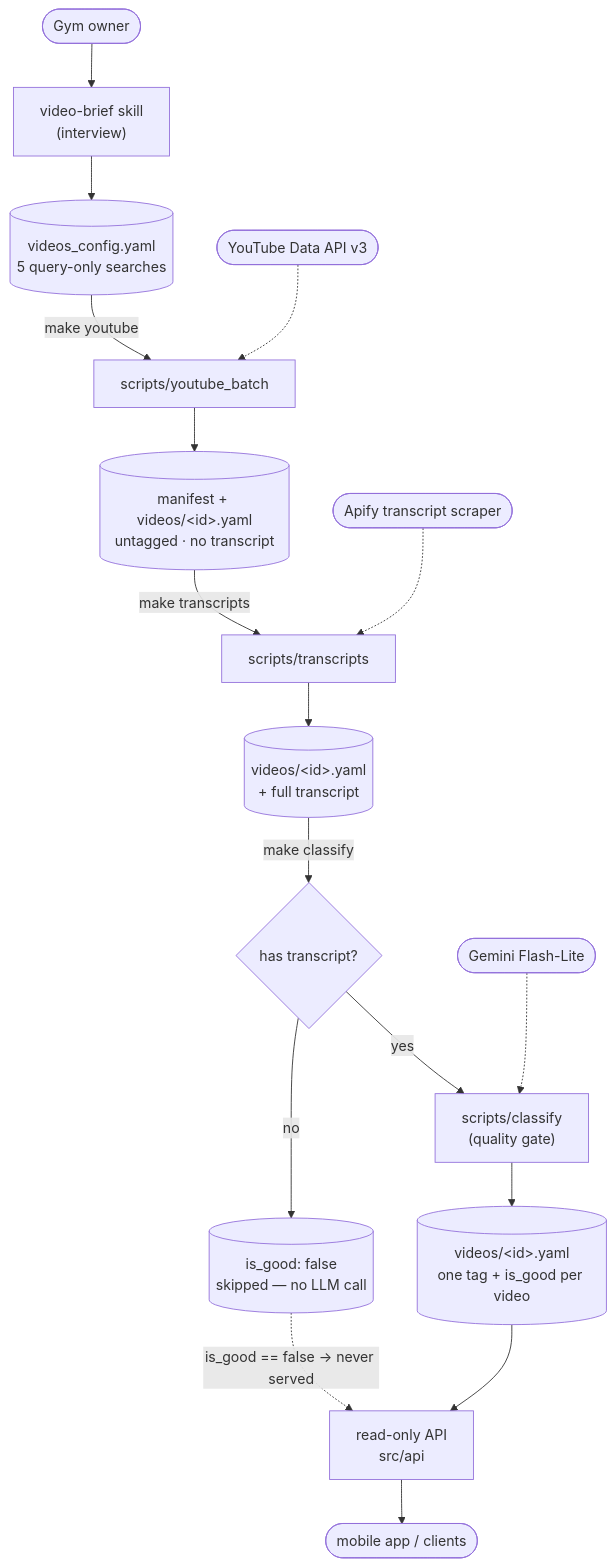
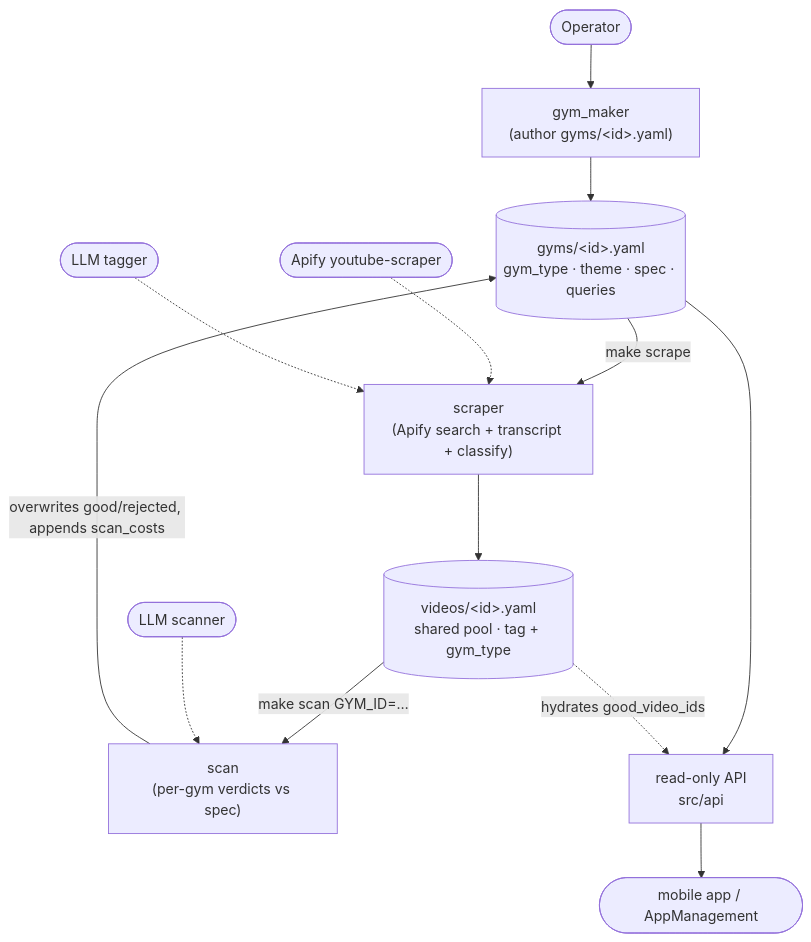
Before and after one commit to jesse51002/CombatDen: the diagram in VideoService/README.md, drawn with Mermaid. The commit also changed other lines of this file and 1970 other files, not shown here.

````diff
--- a/VideoService/README.md
+++ b/VideoService/README.md
@@ -48,23 +66,18 @@
 ```mermaid
 flowchart TD
-    human(["Gym owner"]) --> brief["video-brief skill<br/>(interview)"]
-    brief --> config[("videos_config.yaml<br/>5 query-only searches")]
+    human(["Operator"]) --> maker["gym_maker<br/>(author gyms/&lt;id&gt;.yaml)"]
+    maker --> gym[("gyms/&lt;id&gt;.yaml<br/>gym_type · theme · spec · queries")]
 
-    config -->|make youtube| batch["scripts/youtube_batch"]
-    yt(["YouTube Data API v3"]) -.-> batch
-    batch --> raw[("manifest + videos/&lt;id&gt;.yaml<br/>untagged · no transcript")]
+    gym -->|make scrape| scraper["scraper<br/>(Apify search + transcript + classify)"]
+    apify(["Apify youtube-scraper"]) -.-> scraper
+    llm1(["LLM tagger"]) -.-> scraper
+    scraper --> pool[("videos/&lt;id&gt;.yaml<br/>shared pool · tag + gym_type")]
 
-    raw -->|make transcripts| trans["scripts/transcripts"]
-    apify(["Apify transcript scraper"]) -.-> trans
-    trans --> withtx[("videos/&lt;id&gt;.yaml<br/>+ full transcript")]
+    pool -->|make scan GYM_ID=…| scan["scan<br/>(per-gym verdicts vs spec)"]
+    llm2(["LLM scanner"]) -.-> scan
+    scan -->|overwrites good/rejected, appends scan_costs| gym
 
-    withtx -->|make classify| gate{"has transcript?"}
-    gate -->|no| skip[("is_good: false<br/>skipped — no LLM call")]
-    gate -->|yes| classify["scripts/classify<br/>(quality gate)"]
-    gemma(["Gemini Flash-Lite"]) -.-> classify
-    classify --> tagged[("videos/&lt;id&gt;.yaml<br/>one tag + is_good per video")]
-
-    tagged --> api["read-only API<br/>src/api"]
-    skip -.->|is_good == false → never served| api
-    api --> clients(["mobile app / clients"])
+    gym --> api["read-only API<br/>src/api"]
+    pool -.->|hydrates good_video_ids| api
+    api --> clients(["mobile app / AppManagement"])
 ```
````
